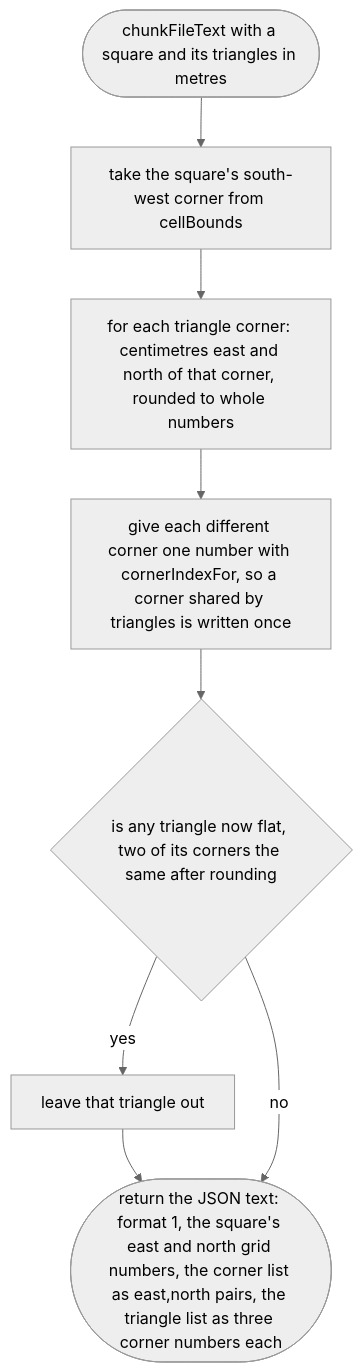
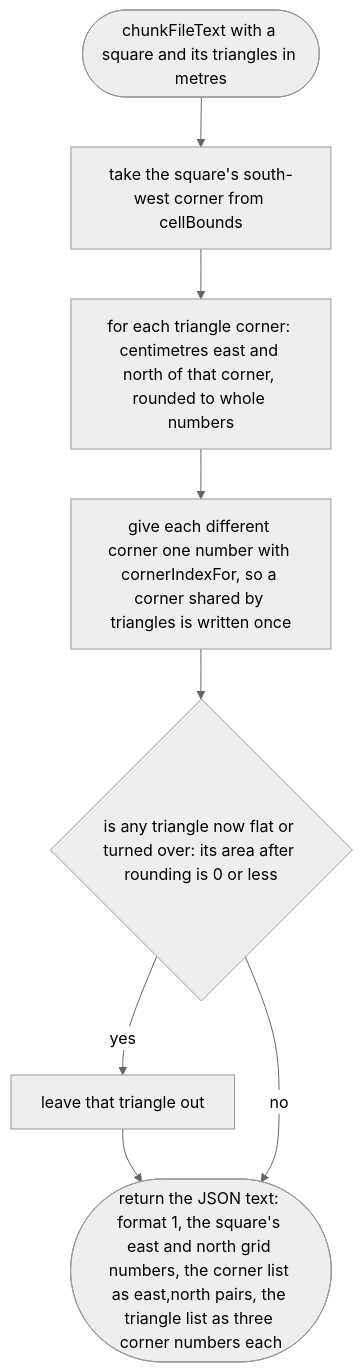
The first of 3 diagrams in docs/designs/tools/bake/chunk-text.md (NewDara-Star/world-engine), drawn with Mermaid (neutral theme) before and after one commit. The commit also changed other lines of this file and 41 other files, not shown here.

````diff
--- a/docs/designs/tools/bake/chunk-text.md
+++ b/docs/designs/tools/bake/chunk-text.md
@@ -21,13 +21,13 @@
 ```mermaid
 flowchart TD
   s(["chunkFileText with a square and its triangles in metres"])
   a["take the square's south-west corner from cellBounds"]
   b["for each triangle corner: centimetres east and north of that corner, rounded to whole numbers"]
   c["give each different corner one number with cornerIndexFor, so a corner shared by triangles is written once"]
-  d{"is any triangle now flat, two of its corners the same after rounding"}
+  d{"is any triangle now flat or turned over: its area after rounding is 0 or less"}
   e["leave that triangle out"]
   f(["return the JSON text: format 1, the square's east and north grid numbers, the corner list as east,north pairs, the triangle list as three corner numbers each"])
   s --> a --> b --> c --> d
   d -->|"yes"| e --> f
   d -->|"no"| f
 ```
````
